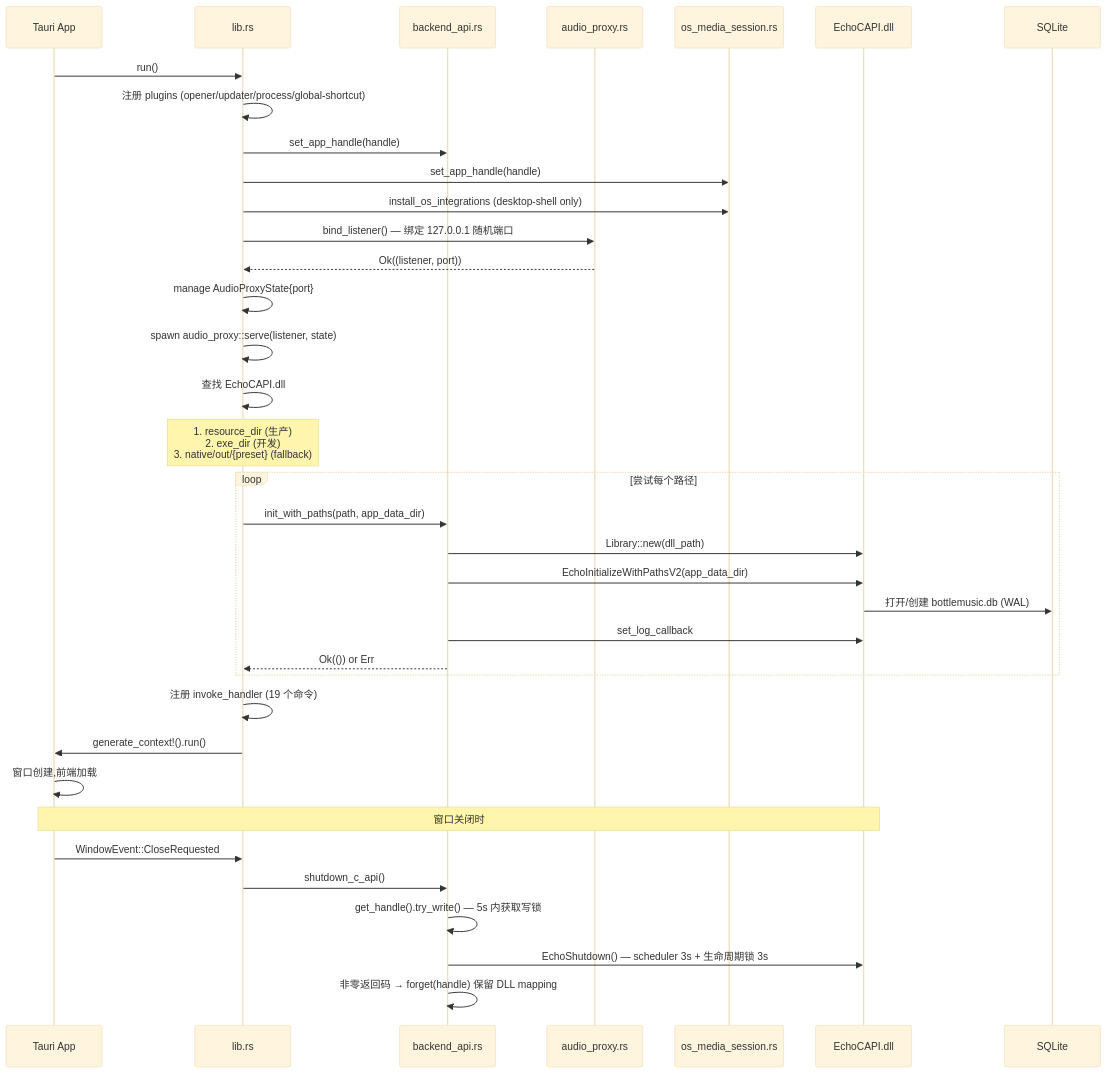
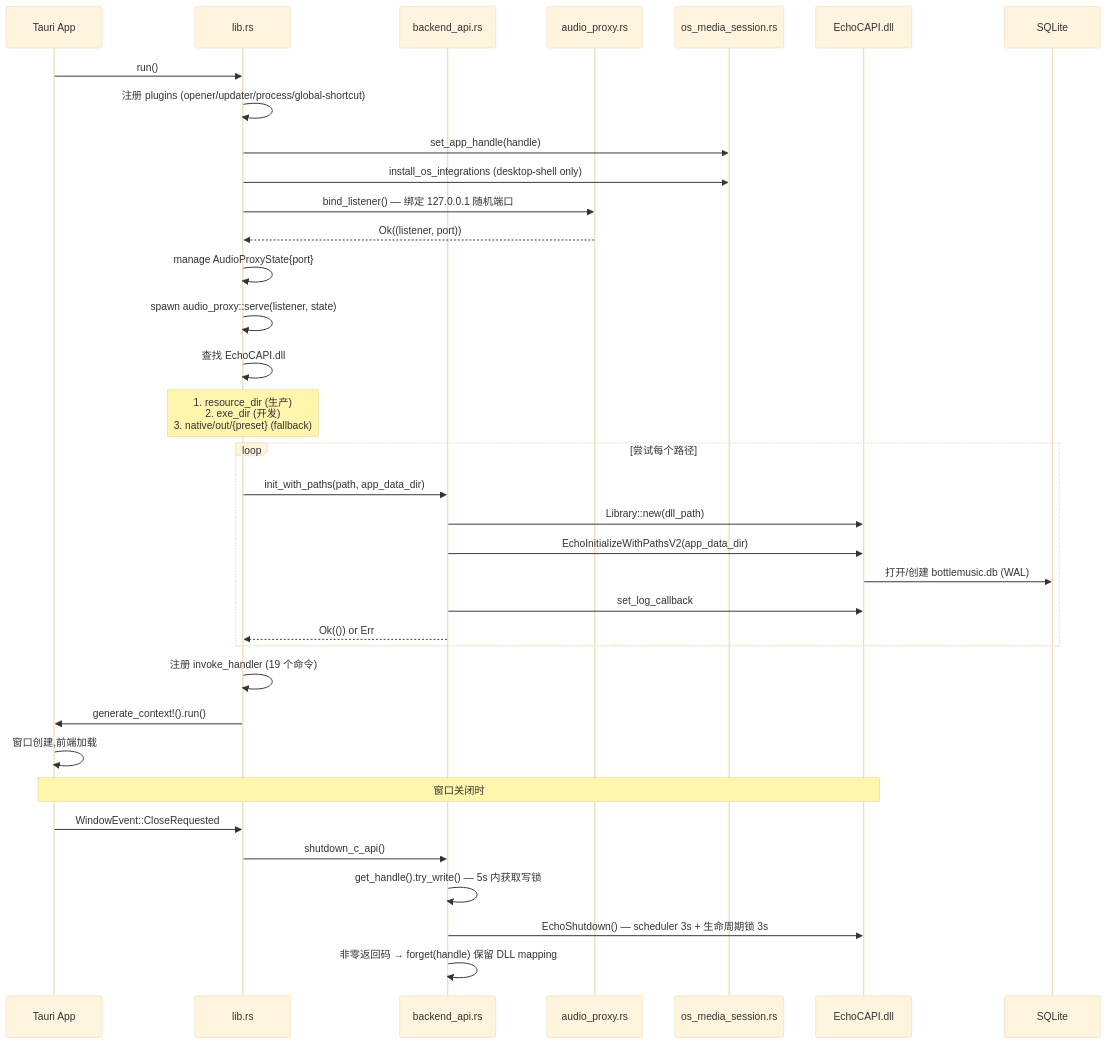
The second of 4 diagrams in docs/wiki/architecture.md (Ningbottle/BottlePlayer), drawn with Mermaid (base theme) before and after one commit. The commit also changed 4 other files, not shown here.

First line of the commit message:
chore(tauri): remove dead backend_base_url command and unused APP_HANDLE static

````diff
--- a/docs/wiki/architecture.md
+++ b/docs/wiki/architecture.md
@@ -82,43 +82,42 @@
 ```mermaid
 sequenceDiagram
     participant App as Tauri App
     participant Lib as lib.rs
     participant BA as backend_api.rs
     participant AP as audio_proxy.rs
     participant OS as os_media_session.rs
     participant DLL as EchoCAPI.dll
     participant DB as SQLite
 
     App->>Lib: run()
     Lib->>Lib: 注册 plugins (opener/updater/process/global-shortcut)
-    Lib->>BA: set_app_handle(handle)
     Lib->>OS: set_app_handle(handle)
     Lib->>OS: install_os_integrations (desktop-shell only)
     Lib->>AP: bind_listener() — 绑定 127.0.0.1 随机端口
     AP-->>Lib: Ok((listener, port))
     Lib->>Lib: manage AudioProxyState{port}
     Lib->>Lib: spawn audio_proxy::serve(listener, state)
 
     Lib->>Lib: 查找 EchoCAPI.dll
     Note over Lib: 1. resource_dir (生产)<br/>2. exe_dir (开发)<br/>3. native/out/{preset} (fallback)
 
     loop 尝试每个路径
         Lib->>BA: init_with_paths(path, app_data_dir)
         BA->>DLL: Library::new(dll_path)
         BA->>DLL: EchoInitializeWithPathsV2(app_data_dir)
         DLL->>DB: 打开/创建 bottlemusic.db (WAL)
         BA->>DLL: set_log_callback
         BA-->>Lib: Ok(()) or Err
     end
 
     Lib->>Lib: 注册 invoke_handler (19 个命令)
     Lib->>App: generate_context!().run()
     App->>App: 窗口创建,前端加载
 
     Note over App,DLL: 窗口关闭时
     App->>Lib: WindowEvent::CloseRequested
     Lib->>BA: shutdown_c_api()
     BA->>BA: get_handle().try_write() — 5s 内获取写锁
     BA->>DLL: EchoShutdown() — scheduler 3s + 生命周期锁 3s
     BA->>BA: 非零返回码 → forget(handle) 保留 DLL mapping
 ```
````
